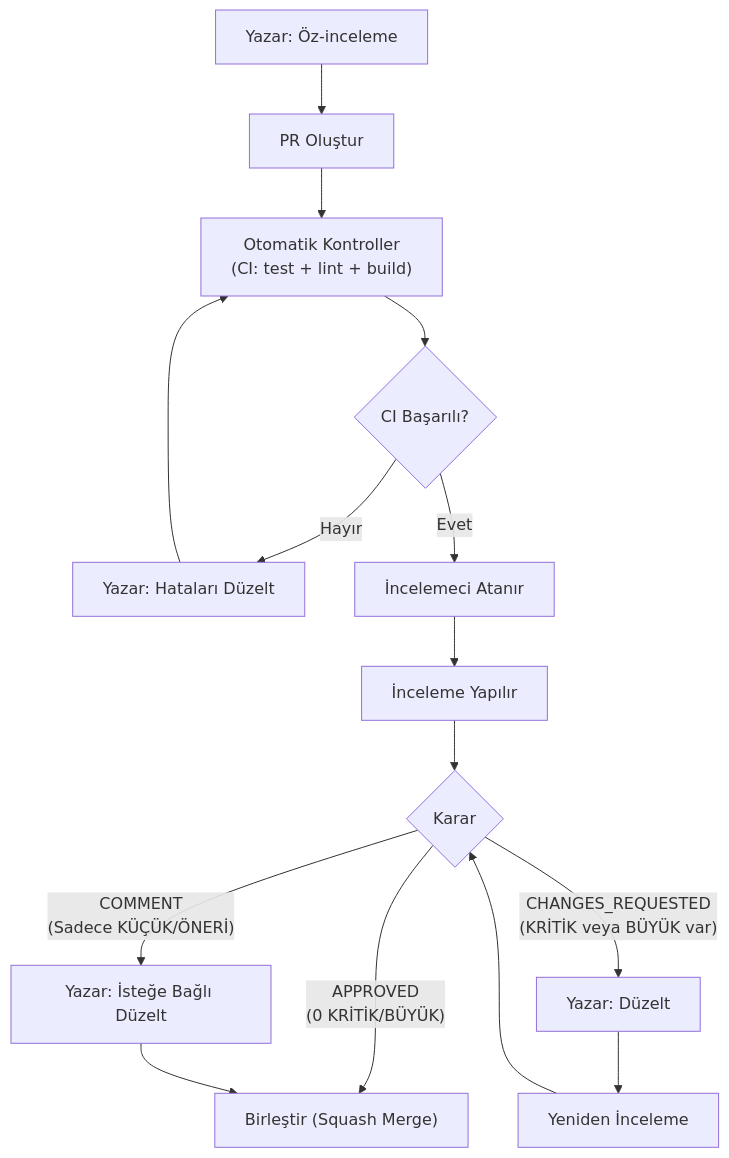
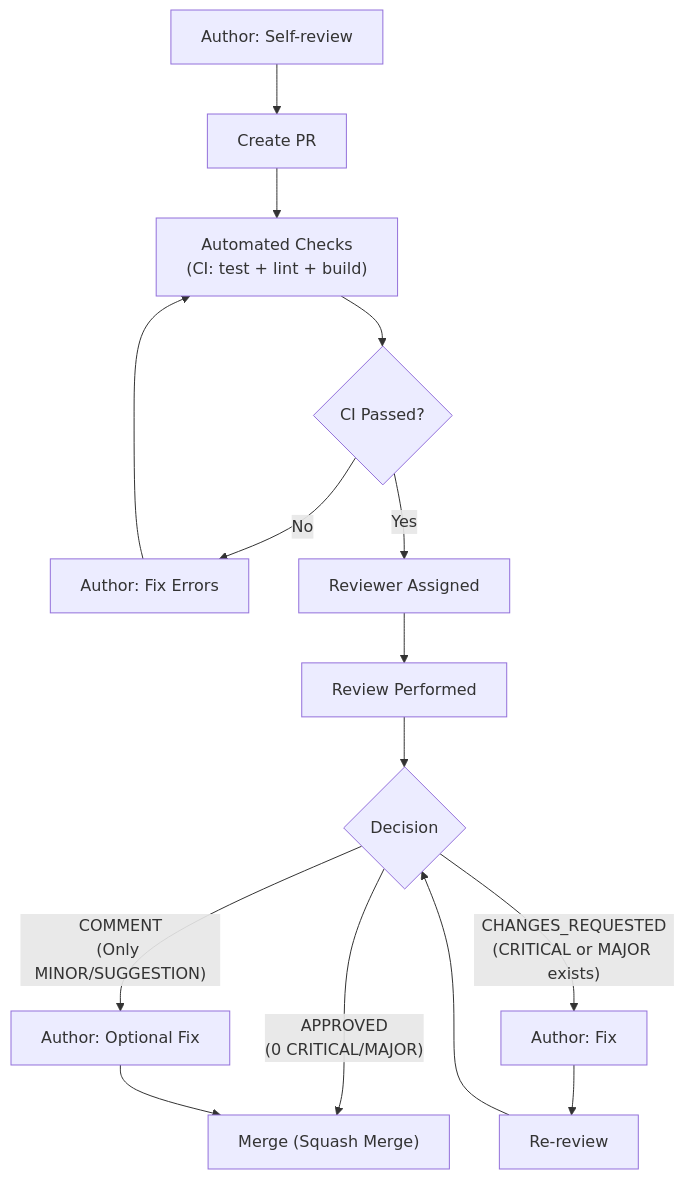
Before and after one commit to actions-marketplace-validations/HodeTech_Leakwatch: the diagram in docs/standards/01-CODE-REVIEW-STANDARDS.md, drawn with Mermaid. The commit also changed other lines of this file and 44 other files, not shown here.

````diff
--- a/docs/standards/01-CODE-REVIEW-STANDARDS.md
+++ b/docs/standards/01-CODE-REVIEW-STANDARDS.md
@@ -170,17 +170,17 @@
 ```mermaid
 flowchart TD
-    A["Yazar: Öz-inceleme"] --> B["PR Oluştur"]
-    B --> C["Otomatik Kontroller\n(CI: test + lint + build)"]
-    C --> D{"CI Başarılı?"}
-    D -->|Hayır| E["Yazar: Hataları Düzelt"]
+    A["Author: Self-review"] --> B["Create PR"]
+    B --> C["Automated Checks\n(CI: test + lint + build)"]
+    C --> D{"CI Passed?"}
+    D -->|No| E["Author: Fix Errors"]
     E --> C
-    D -->|Evet| F["İncelemeci Atanır"]
-    F --> G["İnceleme Yapılır"]
-    G --> H{"Karar"}
-    H -->|"APPROVED\n(0 KRİTİK/BÜYÜK)"| I["Birleştir (Squash Merge)"]
-    H -->|"CHANGES_REQUESTED\n(KRİTİK veya BÜYÜK var)"| J["Yazar: Düzelt"]
-    J --> K["Yeniden İnceleme"]
+    D -->|Yes| F["Reviewer Assigned"]
+    F --> G["Review Performed"]
+    G --> H{"Decision"}
+    H -->|"APPROVED\n(0 CRITICAL/MAJOR)"| I["Merge (Squash Merge)"]
+    H -->|"CHANGES_REQUESTED\n(CRITICAL or MAJOR exists)"| J["Author: Fix"]
+    J --> K["Re-review"]
     K --> H
-    H -->|"COMMENT\n(Sadece KÜÇÜK/ÖNERİ)"| L["Yazar: İsteğe Bağlı Düzelt"]
+    H -->|"COMMENT\n(Only MINOR/SUGGESTION)"| L["Author: Optional Fix"]
     L --> I
 ```
````
